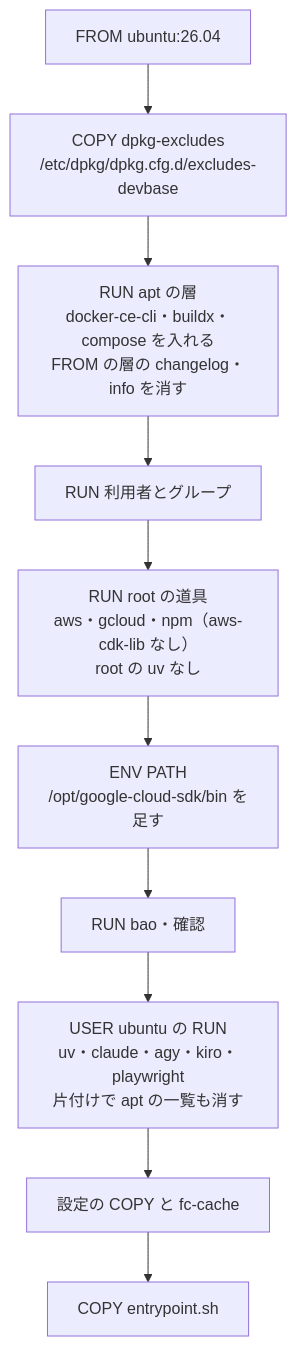
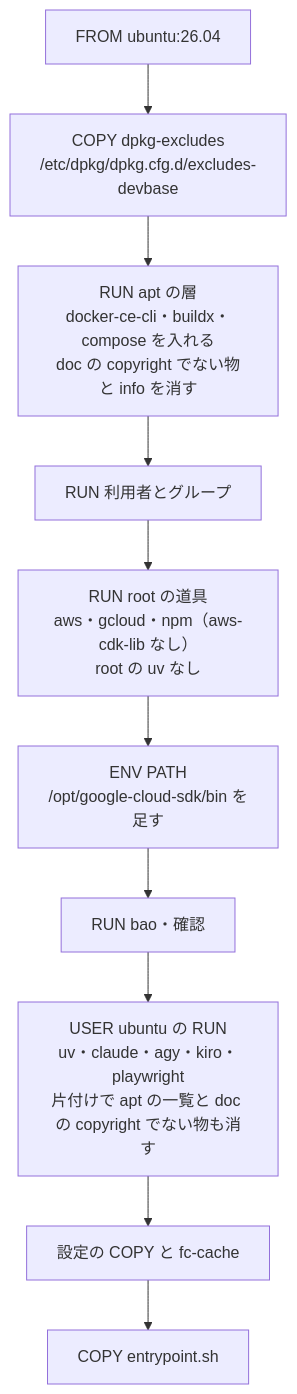
One commit to devbasex/devbase changed the second of 4 diagrams in issues/issue-400-design.md. Above: the diagram before and after it, drawn with Mermaid. The commit also changed other lines of this file, not shown here.

````diff
--- a/issues/issue-400-design.md
+++ b/issues/issue-400-design.md
@@ -156,12 +158,12 @@
 ```mermaid
 graph TD
     F[FROM ubuntu:26.04] --> C1["COPY dpkg-excludes<br/>/etc/dpkg/dpkg.cfg.d/excludes-devbase"]
-    C1 --> R1["RUN apt の層<br/>docker-ce-cli・buildx・compose を入れる<br/>FROM の層の changelog・info を消す"]
+    C1 --> R1["RUN apt の層<br/>docker-ce-cli・buildx・compose を入れる<br/>doc の copyright でない物と info を消す"]
     R1 --> R2[RUN 利用者とグループ]
     R2 --> R3["RUN root の道具<br/>aws・gcloud・npm（aws-cdk-lib なし）<br/>root の uv なし"]
     R3 --> P["ENV PATH<br/>/opt/google-cloud-sdk/bin を足す"]
     P --> R4[RUN bao・確認]
-    R4 --> R5["USER ubuntu の RUN<br/>uv・claude・agy・kiro・playwright<br/>片付けで apt の一覧も消す"]
+    R4 --> R5["USER ubuntu の RUN<br/>uv・claude・agy・kiro・playwright<br/>片付けで apt の一覧と doc の copyright でない物も消す"]
     R5 --> R6[設定の COPY と fc-cache]
     R6 --> C2[COPY entrypoint.sh]
 ```
````
